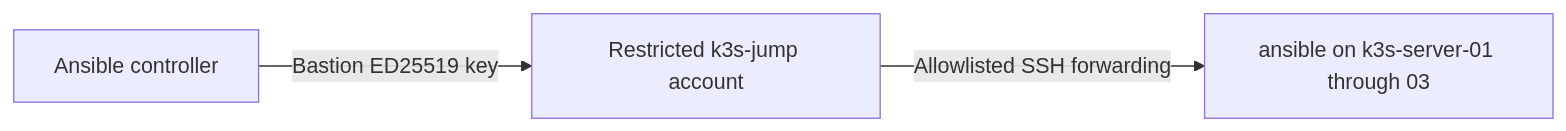
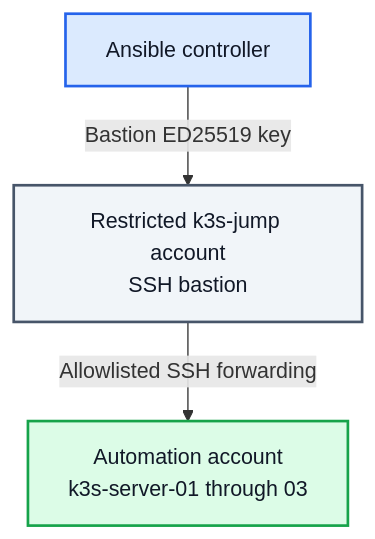
One commit to Capasiter/homelab-portfolio changed the diagram in ansible/README.md. Above: the diagram before and after it, drawn with Mermaid. The commit also changed 3 other files, not shown here.

First line of the commit message:
docs: unify and refine infrastructure diagrams (#36)

````diff
--- a/ansible/README.md
+++ b/ansible/README.md
@@ -91,5 +91,17 @@
 ```mermaid
-flowchart LR
-    Controller["Ansible controller"] -->|"Bastion ED25519 key"| Bastion["Restricted k3s-jump account"]
-    Bastion -->|"Allowlisted SSH forwarding"| Targets["ansible on k3s-server-01 through 03"]
+flowchart TD
+    Controller["Ansible controller"]
+    Bastion["Restricted k3s-jump account<br/>SSH bastion"]
+    Targets["Automation account<br/>k3s-server-01 through 03"]
+
+    Controller -->|"Bastion ED25519 key"| Bastion
+    Bastion -->|"Allowlisted SSH forwarding"| Targets
+
+    classDef delivery fill:#DBEAFE,stroke:#2563EB,color:#111827,stroke-width:2px,font-size:16px
+    classDef boundary fill:#F1F5F9,stroke:#475569,color:#111827,stroke-width:2px,font-size:16px
+    classDef runtime fill:#DCFCE7,stroke:#16A34A,color:#111827,stroke-width:2px,font-size:16px
+
+    class Controller delivery
+    class Bastion boundary
+    class Targets runtime
 ```
````
